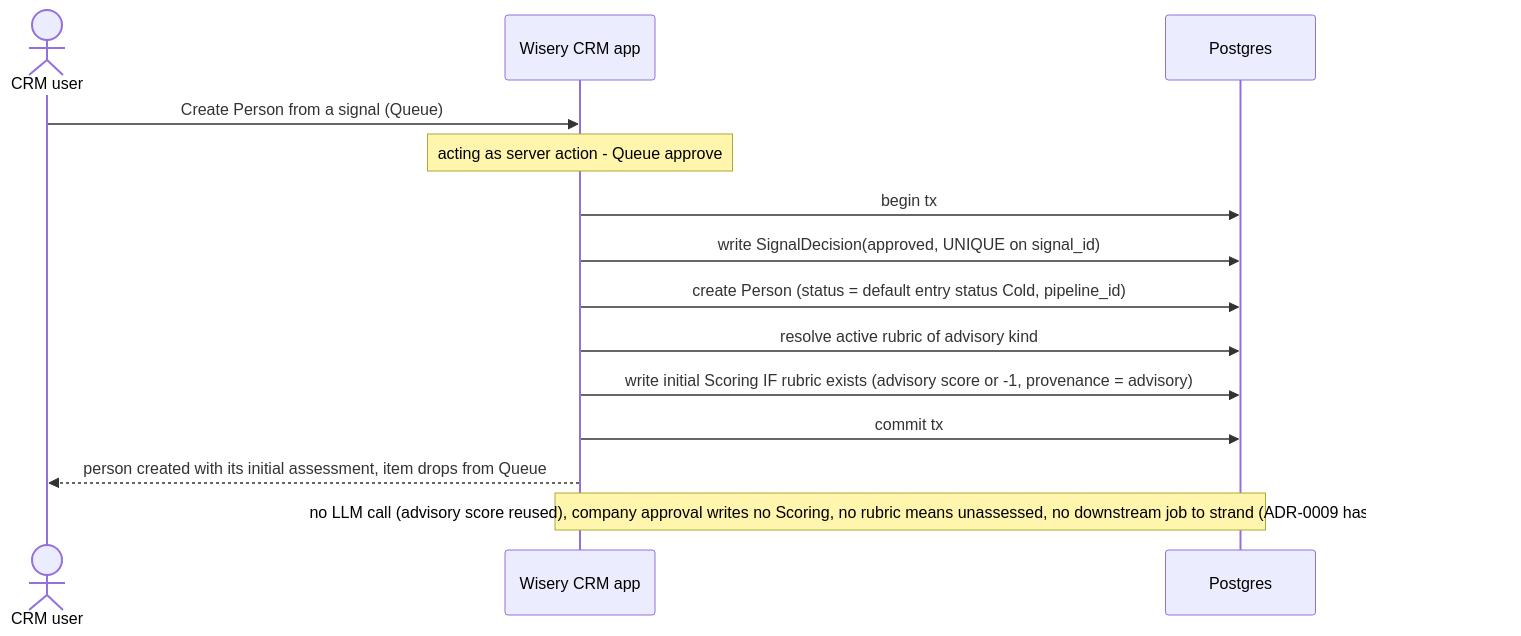
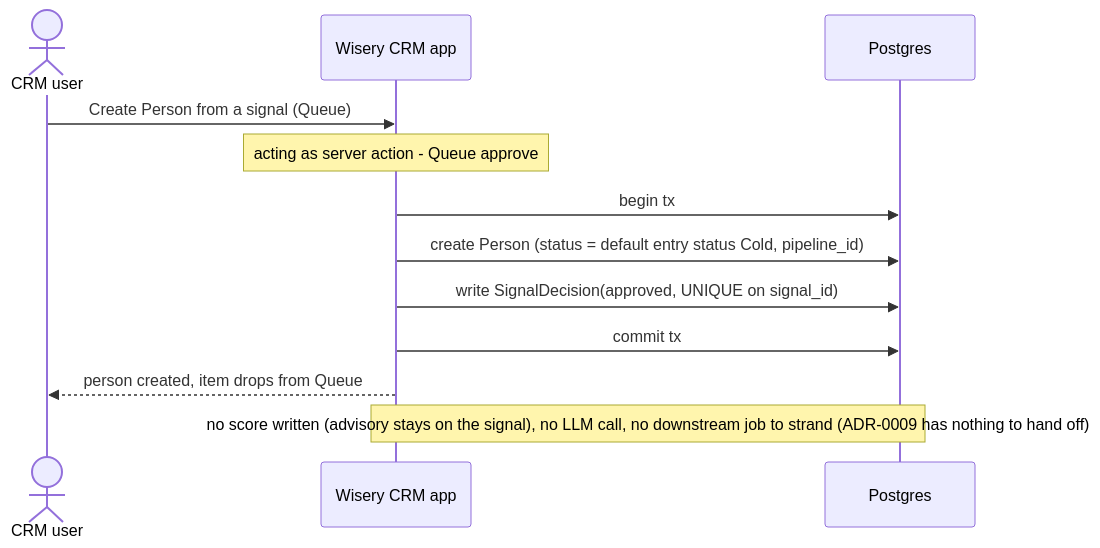
The third of 10 diagrams in docs/architecture/system-design.md (m-ratnikov/wisery-crm), drawn with Mermaid before and after one commit. The commit also changed other lines of this file and 102 other files, not shown here.

First line of the commit message:
Signal advisory becomes the only score; remove qualification stage

````diff
--- a/docs/architecture/system-design.md
+++ b/docs/architecture/system-design.md
@@ -130,16 +133,14 @@
 ```mermaid
 sequenceDiagram
     actor U as CRM user
     participant App as Wisery CRM app
     participant DB as Postgres
     U->>App: Create Person from a signal (Queue)
     Note over App: acting as server action - Queue approve
     App->>DB: begin tx
+    App->>DB: create Person (status = default entry status Cold, pipeline_id)
     App->>DB: write SignalDecision(approved, UNIQUE on signal_id)
-    App->>DB: create Person (status = default entry status Cold, pipeline_id)
-    App->>DB: resolve active rubric of advisory kind
-    App->>DB: write initial Scoring IF rubric exists (advisory score or -1, provenance = advisory)
     App->>DB: commit tx
-    App-->>U: person created with its initial assessment, item drops from Queue
-    Note over App,DB: no LLM call (advisory score reused), company approval writes no Scoring, no rubric means unassessed, no downstream job to strand (ADR-0009 has nothing to hand off)
+    App-->>U: person created, item drops from Queue
+    Note over App,DB: no score written (advisory stays on the signal), no LLM call, no downstream job to strand (ADR-0009 has nothing to hand off)
 ```
````
